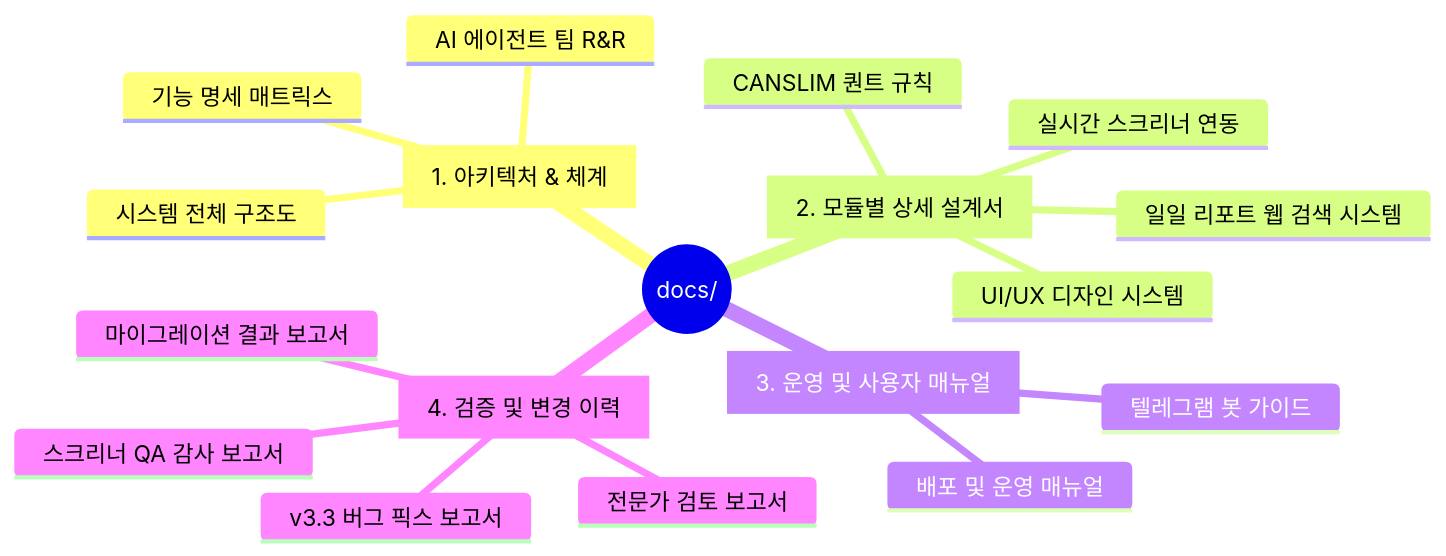
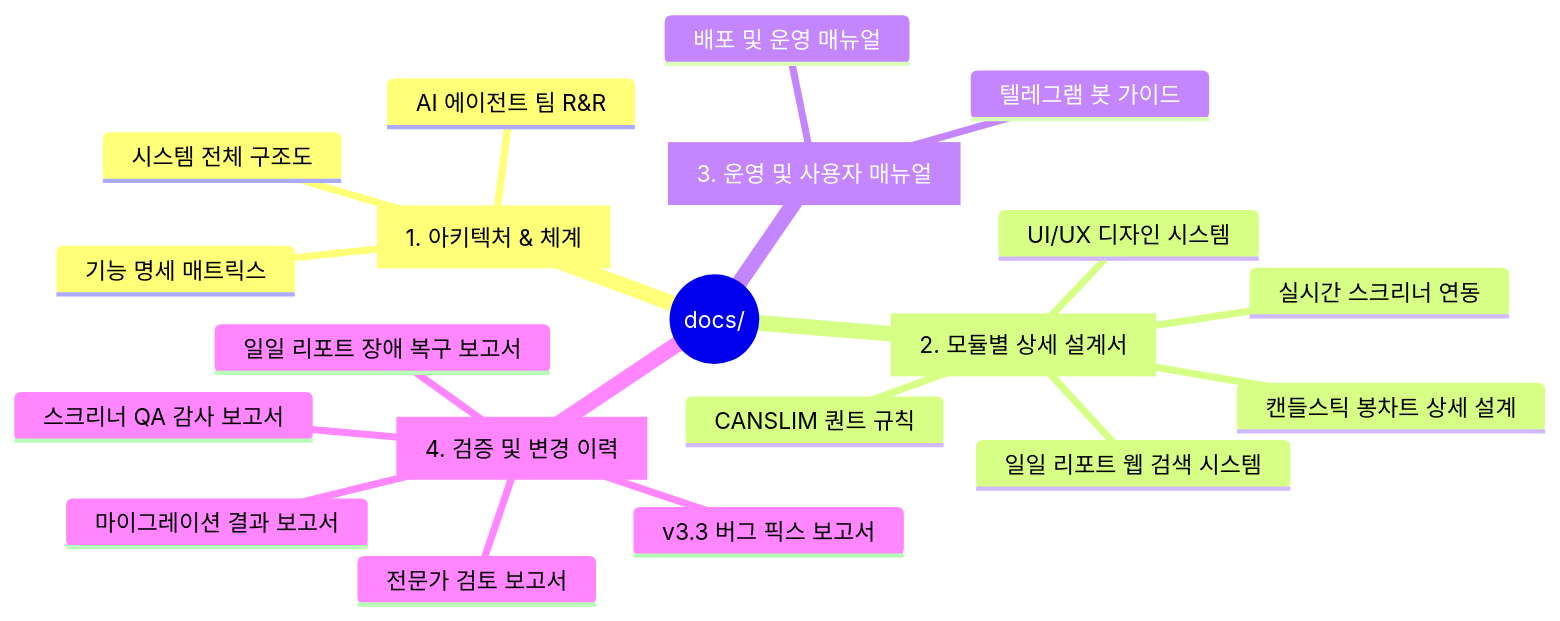
One commit to bhlim92/stockRecommend changed the diagram in docs/README.md. Above: the diagram before and after it, drawn with Mermaid. The commit also changed other lines of this file and 12 other files, not shown here.

Commit message:
feat: Implement Candlestick chart with interactive mode toggle and OHLCV summary in stock screener

````diff
--- a/docs/README.md
+++ b/docs/README.md
@@ -9,21 +9,23 @@
 ```mermaid
 mindmap
   root((docs/))
     1_architecture[1. 아키텍처 & 체계]
       시스템 전체 구조도
       AI 에이전트 팀 R&R
       기능 명세 매트릭스
     2_design[2. 모듈별 상세 설계서]
       UI/UX 디자인 시스템
       CANSLIM 퀀트 규칙
       실시간 스크리너 연동
       일일 리포트 웹 검색 시스템
+      캔들스틱 봉차트 상세 설계
     3_manual[3. 운영 및 사용자 매뉴얼]
       배포 및 운영 매뉴얼
       텔레그램 봇 가이드
     4_reports[4. 검증 및 변경 이력]
       스크리너 QA 감사 보고서
       v3.3 버그 픽스 보고서
+      일일 리포트 장애 복구 보고서
       전문가 검토 보고서
       마이그레이션 결과 보고서
 ```
````
